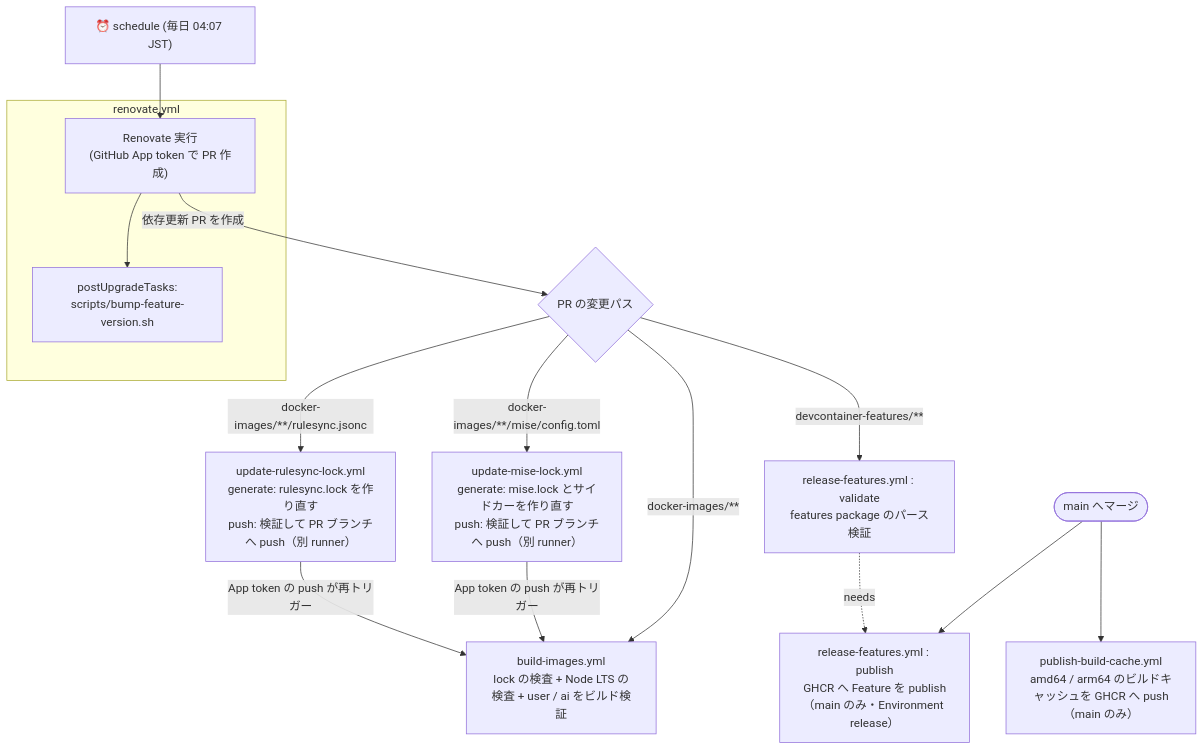
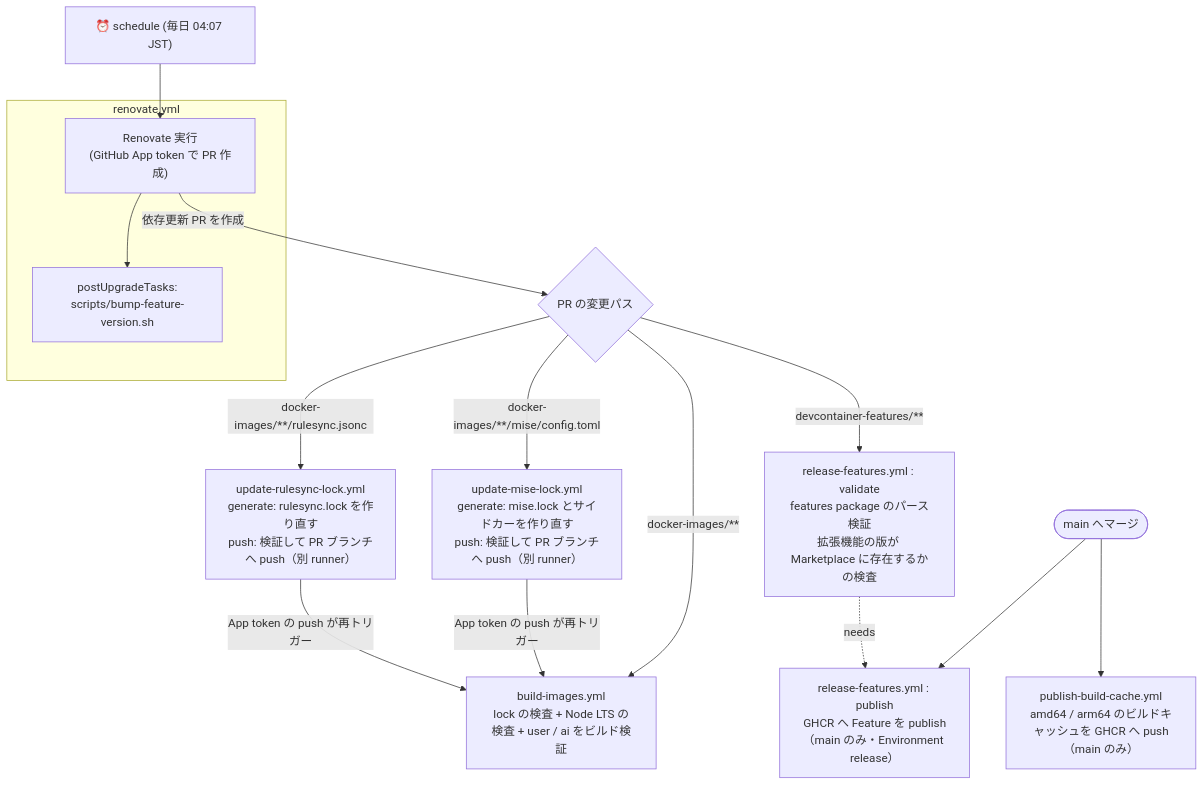
Before and after one commit to Diiva-Szk/devcontainer-env-core: the diagram in docs/MAINTAINING.md, drawn with Mermaid. The commit also changed other lines of this file and 3 other files, not shown here.

````diff
--- a/docs/MAINTAINING.md
+++ b/docs/MAINTAINING.md
@@ -181,24 +181,24 @@
 ```mermaid
 flowchart TD
     cron["⏰ schedule (毎日 04:07 JST)"] --> renovate
 
     subgraph renovate_wf["renovate.yml"]
         renovate["Renovate 実行<br/>(GitHub App token で PR 作成)"]
         bump["postUpgradeTasks:<br/>scripts/bump-feature-version.sh"]
         renovate --> bump
     end
 
     renovate -->|依存更新 PR を作成| PR{"PR の変更パス"}
 
     PR -->|"docker-images/**"| build["build-images.yml<br/>lock の検査 + Node LTS の検査 + user / ai をビルド検証"]
     PR -->|"docker-images/**/mise/config.toml"| lock["update-mise-lock.yml<br/>generate: mise.lock とサイドカーを作り直す<br/>push: 検証して PR ブランチへ push（別 runner）"]
     PR -->|"docker-images/**/rulesync.jsonc"| rlock["update-rulesync-lock.yml<br/>generate: rulesync.lock を作り直す<br/>push: 検証して PR ブランチへ push（別 runner）"]
-    PR -->|"devcontainer-features/**"| validate["release-features.yml : validate<br/>features package のパース検証"]
+    PR -->|"devcontainer-features/**"| validate["release-features.yml : validate<br/>features package のパース検証<br/>拡張機能の版が Marketplace に存在するかの検査"]
 
     lock -->|"App token の push が再トリガー"| build
     rlock -->|"App token の push が再トリガー"| build
 
     merge(["main へマージ"]) --> publish["release-features.yml : publish<br/>GHCR へ Feature を publish（main のみ・Environment release）"]
     merge --> cache["publish-build-cache.yml<br/>amd64 / arm64 のビルドキャッシュを GHCR へ push（main のみ）"]
     validate -. "needs" .-> publish
 ```
````
